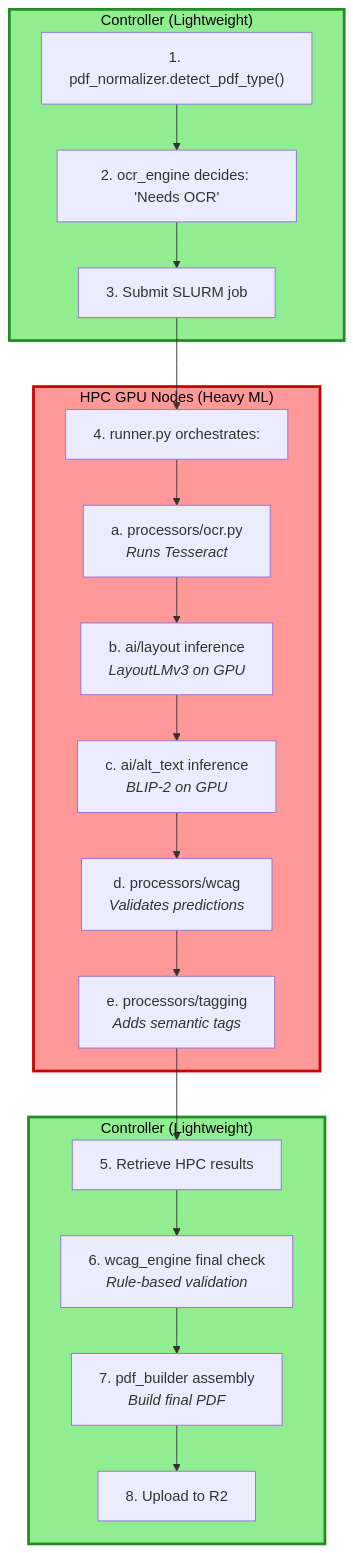
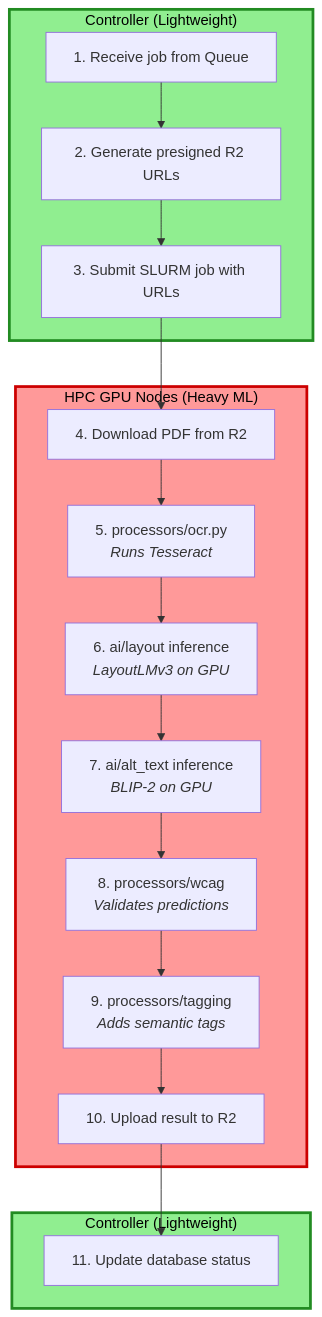
The eighth of 8 diagrams in docs/SYSTEM_DESIGN.md (ucdavis/accessible-pdf-rocky), drawn with Mermaid before and after one commit. The commit also changed other lines of this file and 7 other files, not shown here.

First line of the commit message:
Changed: Revamps HPC job submission with R2 presigned URLs

````diff
--- a/docs/SYSTEM_DESIGN.md
+++ b/docs/SYSTEM_DESIGN.md
@@ -625,35 +620,32 @@
 ```mermaid
 flowchart TD
     subgraph C1["Controller (Lightweight)"]
-        A1["1. pdf_normalizer.detect_pdf_type()"]
-        A2["2. ocr_engine decides: 'Needs OCR'"]
-        A3["3. Submit SLURM job"]
+        A1["1. Receive job from Queue"]
+        A2["2. Generate presigned R2 URLs"]
+        A3["3. Submit SLURM job with URLs"]
         A1 --> A2 --> A3
     end
     
     A3 --> B0
     
     subgraph HPC["HPC GPU Nodes (Heavy ML)"]
-        B0["4. runner.py orchestrates:"]
-        B1["a. processors/ocr.py<br/><i>Runs Tesseract</i>"]
-        B2["b. ai/layout inference<br/><i>LayoutLMv3 on GPU</i>"]
-        B3["c. ai/alt_text inference<br/><i>BLIP-2 on GPU</i>"]
-        B4["d. processors/wcag<br/><i>Validates predictions</i>"]
-        B5["e. processors/tagging<br/><i>Adds semantic tags</i>"]
-        B0 --> B1 --> B2 --> B3 --> B4 --> B5
+        B0["4. Download PDF from R2"]
+        B1["5. processors/ocr.py<br/><i>Runs Tesseract</i>"]
+        B2["6. ai/layout inference<br/><i>LayoutLMv3 on GPU</i>"]
+        B3["7. ai/alt_text inference<br/><i>BLIP-2 on GPU</i>"]
+        B4["8. processors/wcag<br/><i>Validates predictions</i>"]
+        B5["9. processors/tagging<br/><i>Adds semantic tags</i>"]
+        B6["10. Upload result to R2"]
+        B0 --> B1 --> B2 --> B3 --> B4 --> B5 --> B6
     end
     
-    B5 --> C0
+    B6 --> C0
     
     subgraph C2["Controller (Lightweight)"]
-        C0["5. Retrieve HPC results"]
-        C1a["6. wcag_engine final check<br/><i>Rule-based validation</i>"]
-        C2a["7. pdf_builder assembly<br/><i>Build final PDF</i>"]
-        C3["8. Upload to R2"]
-        C0 --> C1a --> C2a --> C3
+        C0["11. Update database status"]
     end
     
     style C1 fill:#90ee90,stroke:#228b22,stroke-width:3px,color:#000
     style HPC fill:#ff9999,stroke:#cc0000,stroke-width:3px,color:#000
     style C2 fill:#90ee90,stroke:#228b22,stroke-width:3px,color:#000
 ```
````
